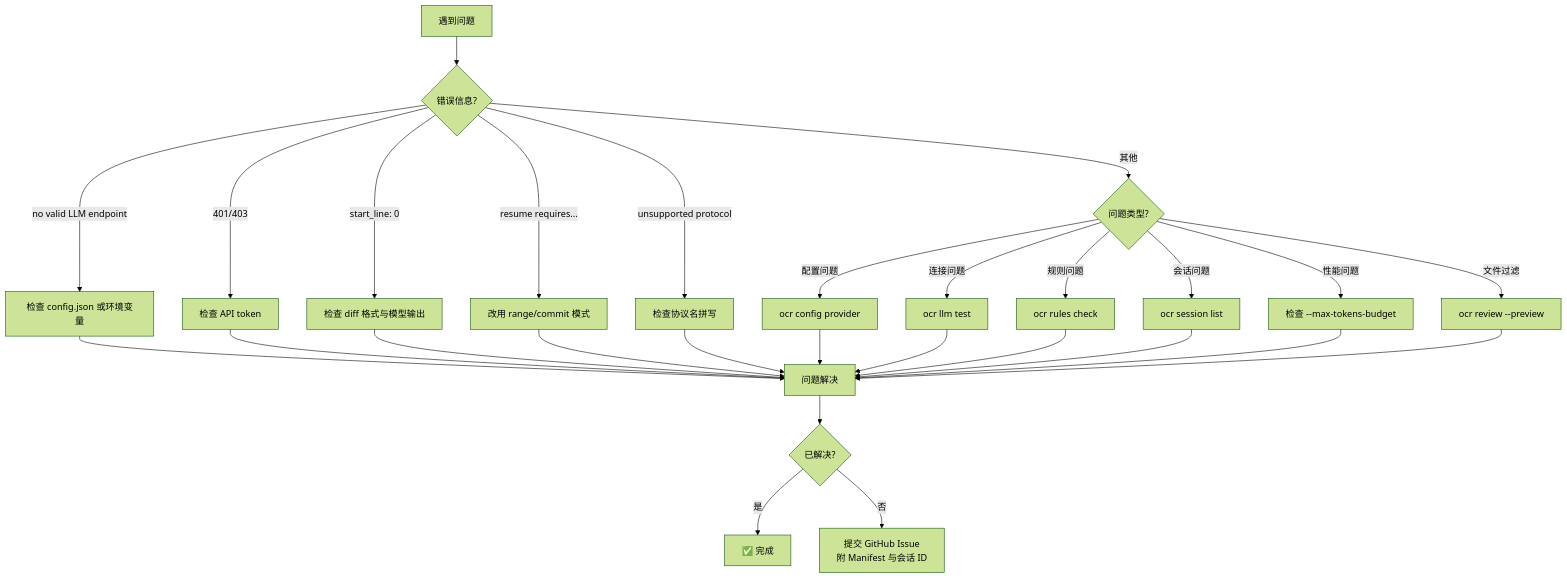
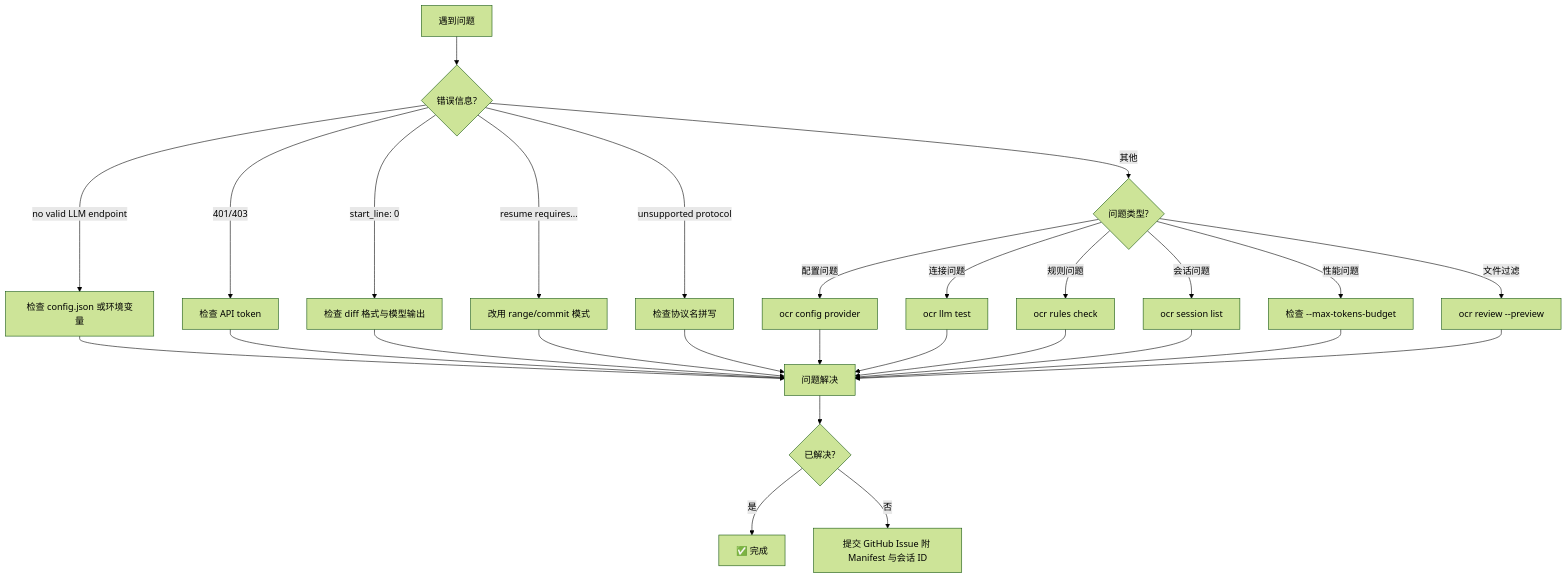
The second of 2 diagrams in doc/bundles/jishu/ai/products/open-code-review/references/faq-troubleshooting.md (awesome-flexloop/awesome-okf), drawn with Mermaid (forest theme) before and after one commit. The commit also changed other lines of this file and 10 other files, not shown here.

First line of the commit message:
docs(bundle): 清偿 Open Code Review 存量 Mermaid 违规避免规范漂移累积

````diff
--- a/doc/bundles/jishu/ai/products/open-code-review/references/faq-troubleshooting.md
+++ b/doc/bundles/jishu/ai/products/open-code-review/references/faq-troubleshooting.md
@@ -462,30 +462,30 @@
 ```mermaid
 flowchart TD
-    START["遇到问题"] --> Q1{错误信息?}
+    START["遇到问题"] --> Q1{"错误信息?"}
     Q1 -->|"no valid LLM endpoint"| A1["检查 config.json 或环境变量"]
     Q1 -->|"401/403"| A2["检查 API token"]
     Q1 -->|"start_line: 0"| A3["检查 diff 格式与模型输出"]
     Q1 -->|"resume requires..."| A4["改用 range/commit 模式"]
     Q1 -->|"unsupported protocol"| A5["检查协议名拼写"]
-    Q1 -->|其他| Q2{问题类型?}
-    Q2 -->|配置问题| B1["ocr config provider"]
-    Q2 -->|连接问题| B2["ocr llm test"]
-    Q2 -->|规则问题| B3["ocr rules check"]
-    Q2 -->|会话问题| B4["ocr session list"]
-    Q2 -->|性能问题| B5["检查 --max-tokens-budget"]
-    Q2 -->|文件过滤| B6["ocr review --preview"]
+    Q1 -->|"其他"| Q2{"问题类型?"}
+    Q2 -->|"配置问题"| B1["ocr config provider"]
+    Q2 -->|"连接问题"| B2["ocr llm test"]
+    Q2 -->|"规则问题"| B3["ocr rules check"]
+    Q2 -->|"会话问题"| B4["ocr session list"]
+    Q2 -->|"性能问题"| B5["检查 --max-tokens-budget"]
+    Q2 -->|"文件过滤"| B6["ocr review --preview"]
     A1 --> RESOLVE["问题解决"]
     A2 --> RESOLVE
     A3 --> RESOLVE
     A4 --> RESOLVE
     A5 --> RESOLVE
     B1 --> RESOLVE
     B2 --> RESOLVE
     B3 --> RESOLVE
     B4 --> RESOLVE
     B5 --> RESOLVE
     B6 --> RESOLVE
-    RESOLVE --> Q3{已解决?}
-    Q3 -->|是| DONE["✅ 完成"]
-    Q3 -->|否| REPORT["提交 GitHub Issue<br/>附 Manifest 与会话 ID"]
+    RESOLVE --> Q3{"已解决?"}
+    Q3 -->|"是"| DONE["✅ 完成"]
+    Q3 -->|"否"| REPORT["提交 GitHub Issue 附 Manifest 与会话 ID"]
 ```
````
